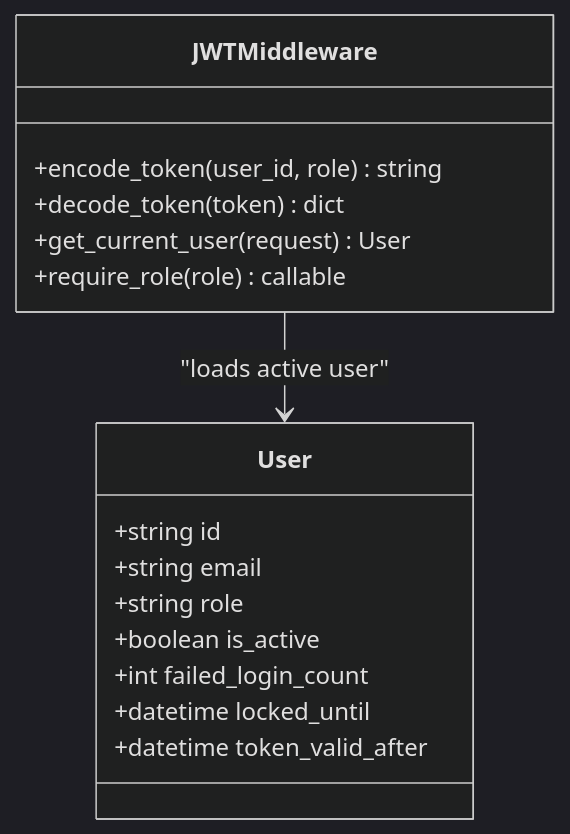
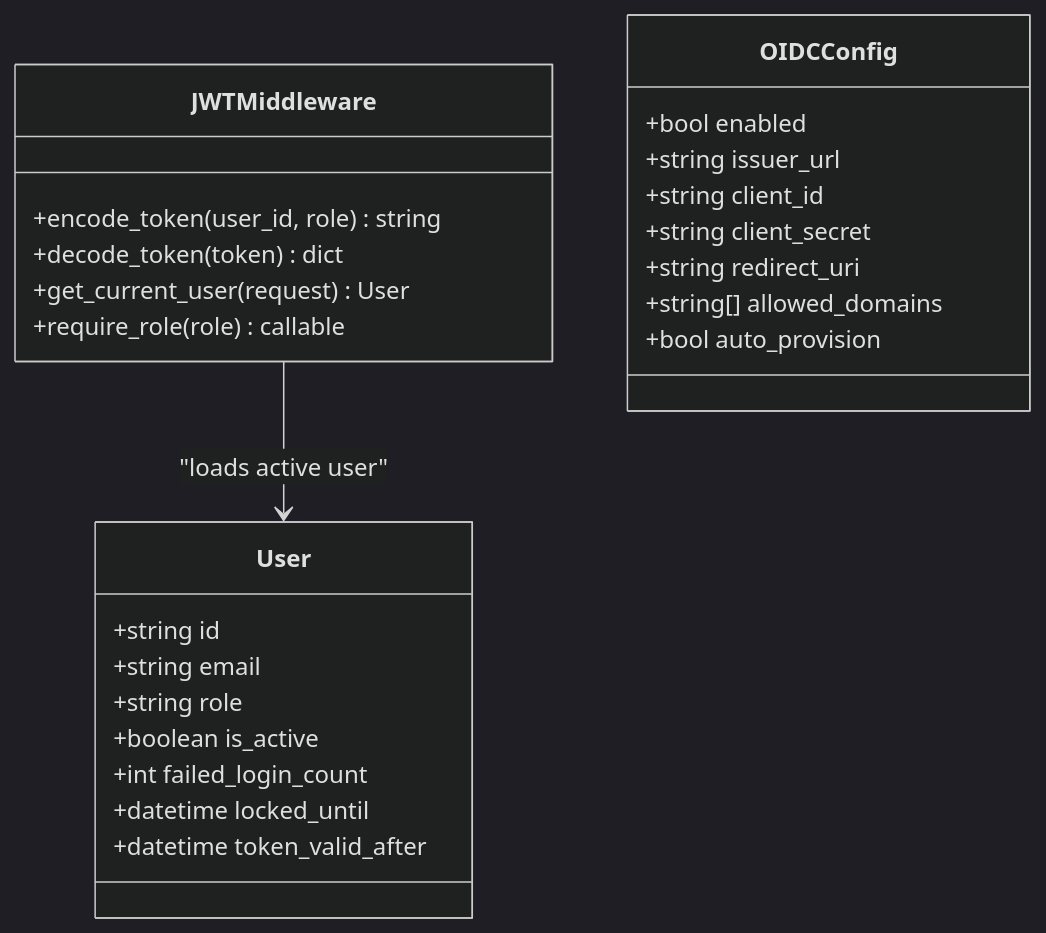
The fifth of 7 diagrams in .qoder/repowiki/en/content/Backend Development/API Endpoints/Authentication Endpoints.md (genes8/private-ai), drawn with Mermaid (dark theme) before and after one commit. The commit also changed other lines of this file and 19 other files, not shown here.

````diff
--- a/.qoder/repowiki/en/content/Backend Development/API Endpoints/Authentication Endpoints.md
+++ b/.qoder/repowiki/en/content/Backend Development/API Endpoints/Authentication Endpoints.md
@@ -245,19 +296,28 @@
 ```mermaid
 classDiagram
 class User {
 +string id
 +string email
 +string role
 +boolean is_active
 +int failed_login_count
 +datetime locked_until
 +datetime token_valid_after
 }
 class JWTMiddleware {
 +encode_token(user_id, role) string
 +decode_token(token) dict
 +get_current_user(request) User
 +require_role(role) callable
 }
+class OIDCConfig {
++bool enabled
++string issuer_url
++string client_id
++string client_secret
++string redirect_uri
++string[] allowed_domains
++bool auto_provision
+}
 JWTMiddleware --> User : "loads active user"
 ```
````
